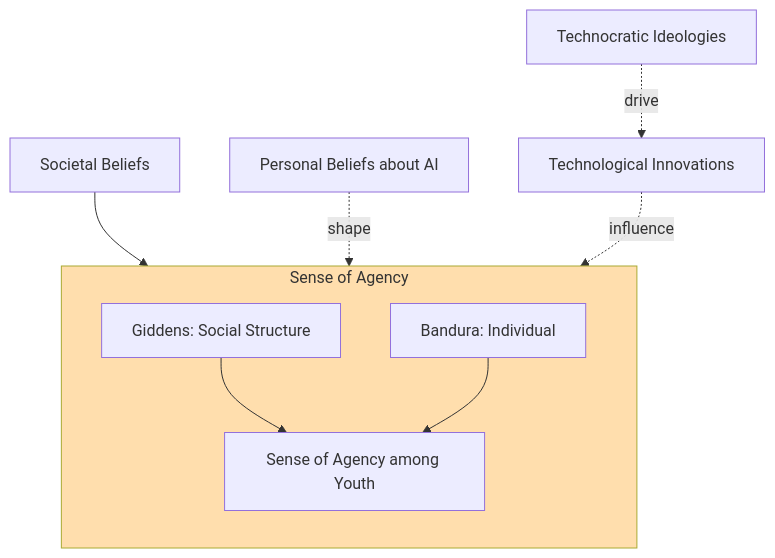
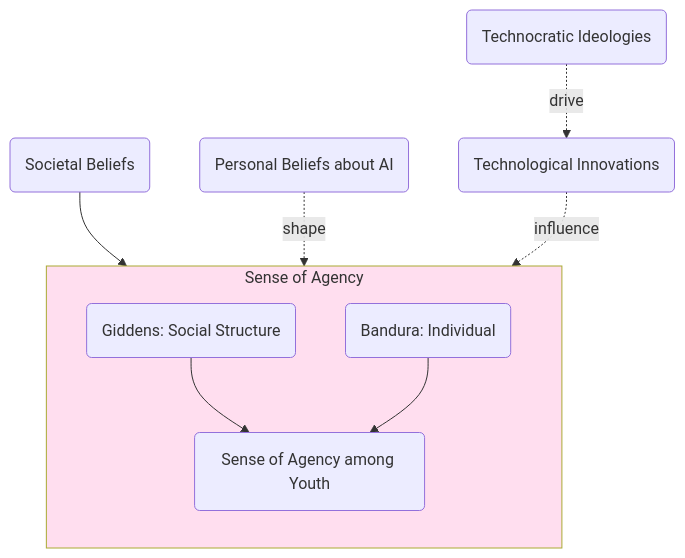
The diagram in _manuscript/proposal-2026-03.qmd (fritzvd/proposal), drawn with Mermaid before and after one commit. The commit also changed other lines of this file and 13 other files, not shown here.

Commit message:
sense of agency hegel

````diff
--- a/_manuscript/proposal-2026-03.qmd
+++ b/_manuscript/proposal-2026-03.qmd
@@ -63,30 +70,20 @@
 ```{mermaid}
 
 
 graph TD
-classDef Amber fill:#FFDEAD;
-    soa[Sense of Agency among Youth]
-    soc[Societal Beliefs] --> AGENCY
-    ideology[Technocratic Ideologies] -. drive .-> tec
-    tec[Technological Innovations]
-    pers[Personal Beliefs about AI] -. shape .->AGENCY
+classDef Amber fill:#FFDEEF;
+    soa(Sense of Agency among Youth)
+    soc(Societal Beliefs) --> AGENCY
+    ideology(Technocratic Ideologies) -. drive .-> tec
+    tec(Technological Innovations)
+    pers(Personal Beliefs about AI) -. shape .->AGENCY
     tec -. influence .-> AGENCY
 
     subgraph AGENCY["Sense of Agency"]
     direction TB
-    Gid[Giddens: Social Structure] --> soa
-    Ban[Bandura: Individual] --> soa
+    Gid(Giddens: Social Structure) --> soa
+    Ban(Bandura: Individual) --> soa
     end
 
 class AGENCY Amber;
-
-    %% Sci[Scientific Community] -- Discovers --> Inno((Innovations))
-    %% Com[Tech Companies] -. Develop .-> Inno
-    %% Inno --> Com
-    %% Com -. Fund .-> Sci
-    %% Inno -. Lead to .-> Products
-    %% Com -- Develop --> Products(New Products)
-    %% Products -- Marketed to --> Cu{Customers}
-    %% Com -- influence --> Media
-    %% Media -. inflates importance .-> Cu
 ```
````
